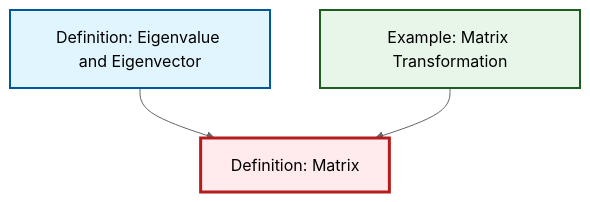
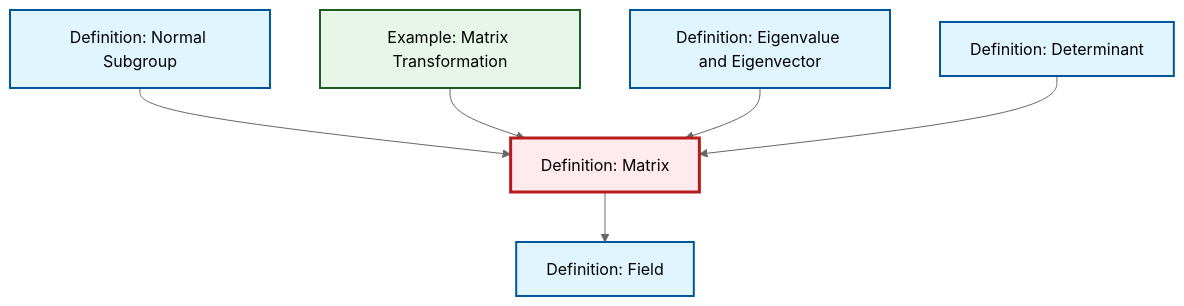
Before and after one commit to RK0429/ModernMath: the diagram in content/ja/algebra/def-matrix.qmd, drawn with Mermaid (neutral theme). The commit also changed other lines of this file and 531 other files, not shown here.

````diff
--- a/content/ja/algebra/def-matrix.qmd
+++ b/content/ja/algebra/def-matrix.qmd
@@ -60,17 +60,26 @@
 ```{mermaid}
 %%| fig-cap: "Local dependency graph"
 graph TD
     classDef definition fill:#e1f5fe,stroke:#01579b,stroke-width:2px
     classDef theorem fill:#f3e5f5,stroke:#4a148c,stroke-width:2px
     classDef axiom fill:#fff3e0,stroke:#e65100,stroke-width:2px
     classDef example fill:#e8f5e9,stroke:#1b5e20,stroke-width:2px
     classDef current fill:#ffebee,stroke:#b71c1c,stroke-width:3px
+    def-field["Definition: Field"]:::definition
+    def-determinant["Definition: Determinant"]:::definition
+    def-normal-subgroup["Definition: Normal Subgroup"]:::definition
+    def-eigenvalue-eigenvector["Definition: Eigenvalue and Eigenvector"]:::definition
+    ex-matrix-transformation["Example: Matrix Transformation"]:::example
     def-matrix["Definition: Matrix"]:::definition
-    ex-matrix-transformation["Example: Matrix Transformation"]:::example
-    def-eigenvalue-eigenvector["Definition: Eigenvalue and Eigenvector"]:::definition
+    def-normal-subgroup --> def-matrix
+    def-matrix --> def-field
+    ex-matrix-transformation --> def-matrix
     def-eigenvalue-eigenvector --> def-matrix
-    ex-matrix-transformation --> def-matrix
+    def-determinant --> def-matrix
     class def-matrix current
+    click def-field "def-field.html" "Definition: Fieldへ"
+    click def-determinant "def-determinant.html" "Definition: Determinantへ"
+    click def-normal-subgroup "def-normal-subgroup.html" "Definition: Normal Subgroupへ"
+    click def-eigenvalue-eigenvector "def-eigenvalue-eigenvector.html" "Definition: Eigenvalue and Eigenvectorへ"
     click ex-matrix-transformation "ex-matrix-transformation.html" "Example: Matrix Transformationへ"
-    click def-eigenvalue-eigenvector "def-eigenvalue-eigenvector.html" "Definition: Eigenvalue and Eigenvectorへ"
 ```
````
